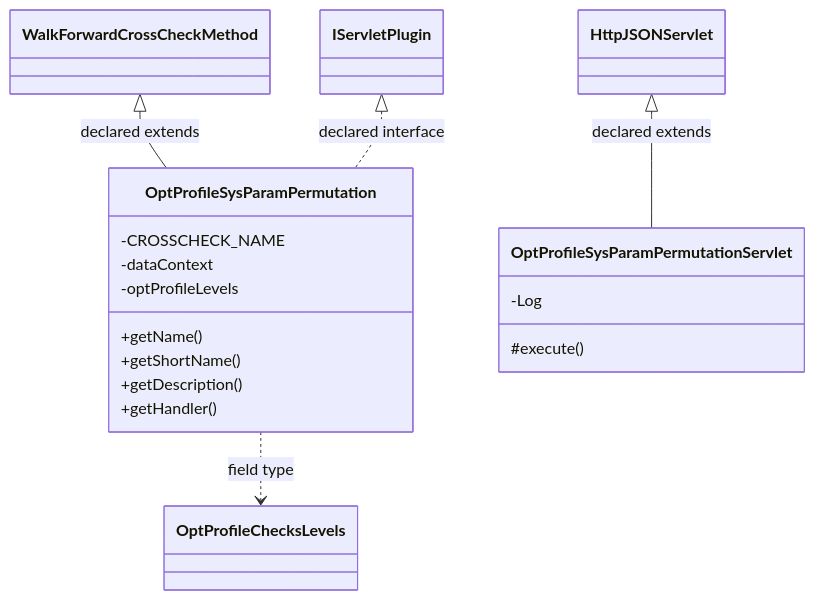
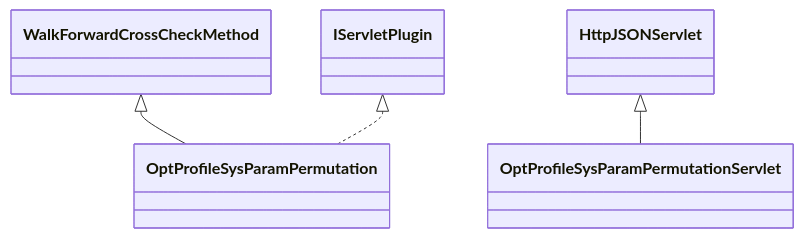
One commit to haruperi/HaruQuantAI changed the diagram in docs/sqx/Shared/CrossCheckOptProfileSysParamPermutation.md. Above: the diagram before and after it, drawn with Mermaid. The commit also changed other lines of this file and 1688 other files, not shown here.

````diff
--- a/docs/sqx/Shared/CrossCheckOptProfileSysParamPermutation.md
+++ b/docs/sqx/Shared/CrossCheckOptProfileSysParamPermutation.md
@@ -30,24 +26,11 @@
 ```mermaid
 classDiagram
-    class Ce03f1e0919f1["OptProfileSysParamPermutation"] {
-        -CROSSCHECK_NAME
-        -dataContext
-        -optProfileLevels
-        +getName()
-        +getShortName()
-        +getDescription()
-        +getHandler()
-    }
-    class C85282354a82b["OptProfileSysParamPermutationServlet"] {
-        -Log
-        #execute()
-    }
-    class C04861b02b3ff["WalkForwardCrossCheckMethod"]
-    class C856acee15313["OptProfileChecksLevels"]
-    class C249b5c671b1a["IServletPlugin"]
-    class C8900f90ae594["HttpJSONServlet"]
-    C04861b02b3ff <|-- Ce03f1e0919f1 : declared extends
-    C249b5c671b1a <|.. Ce03f1e0919f1 : declared interface
-    Ce03f1e0919f1 ..> C856acee15313 : field type
-    C8900f90ae594 <|-- C85282354a82b : declared extends
+    class C0["OptProfileSysParamPermutation"]
+    class C1["OptProfileSysParamPermutationServlet"]
+    class E0["WalkForwardCrossCheckMethod"]
+    E0 <|-- C0
+    class E1["IServletPlugin"]
+    E1 <|.. C0
+    class E2["HttpJSONServlet"]
+    E2 <|-- C1
 ```
````
